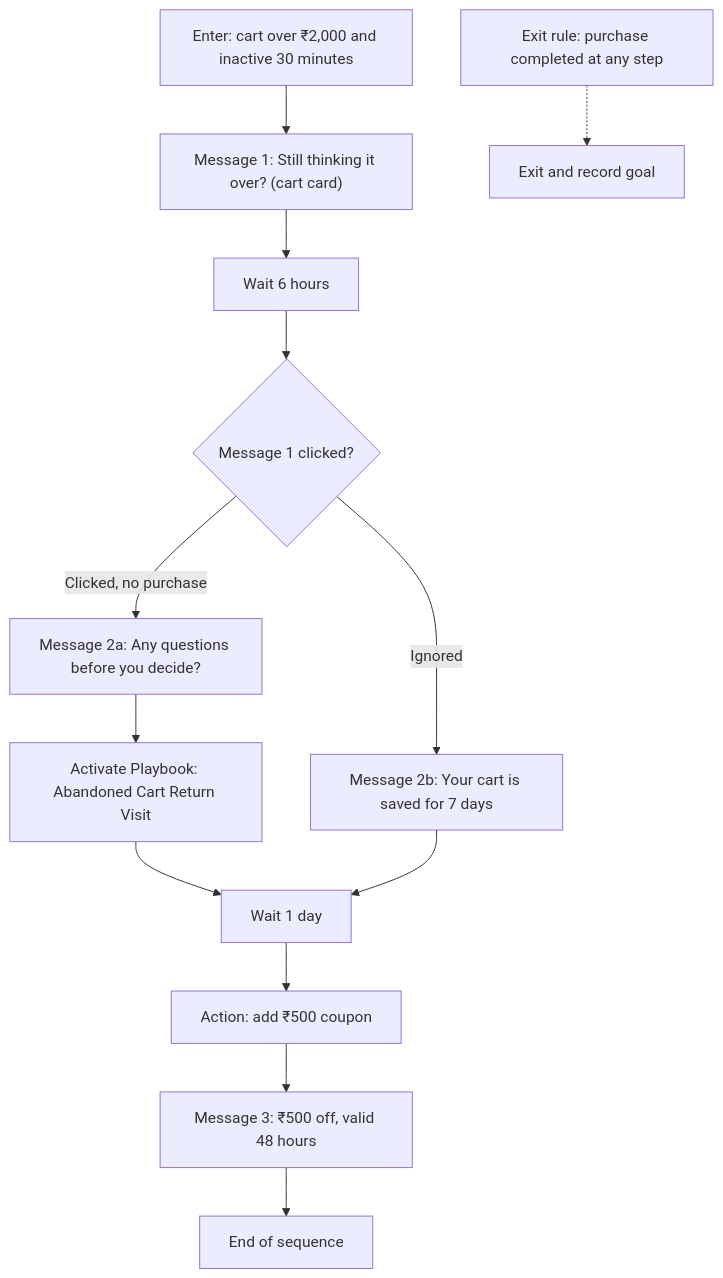
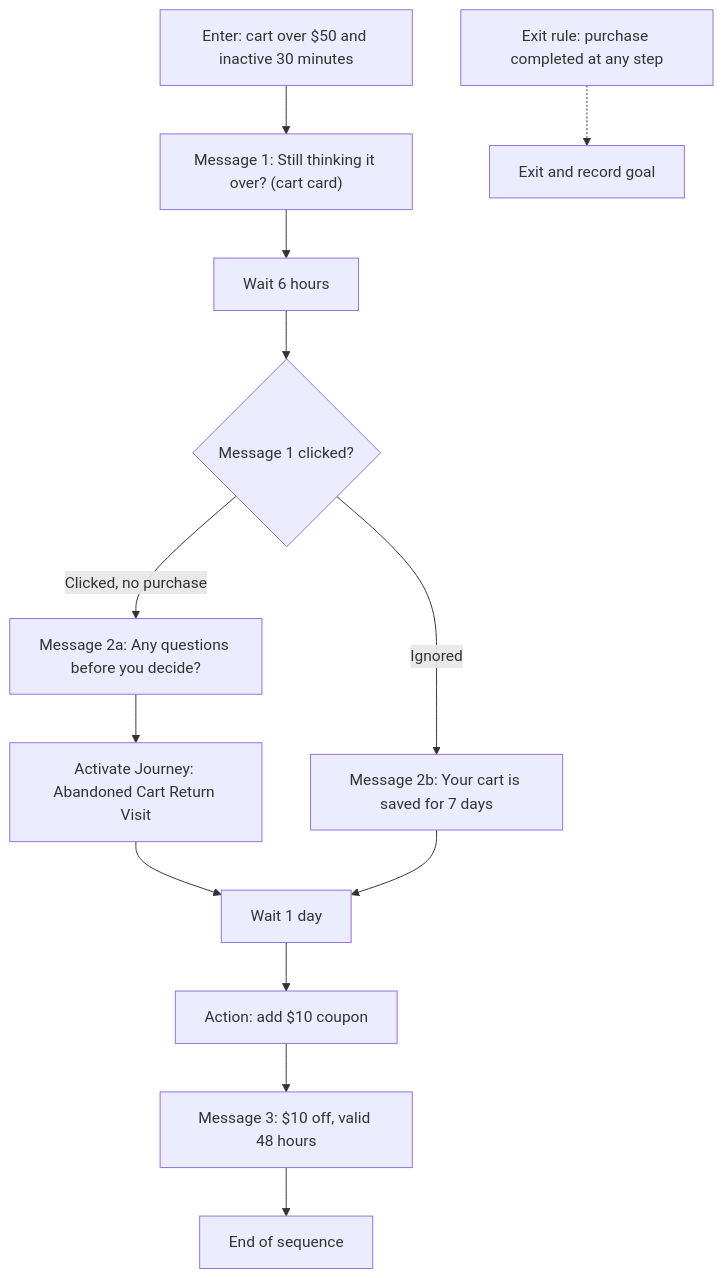
One commit to crossword-ai/docs changed the diagram in use-cases/cart-recovery-campaign.mdx. Above: the diagram before and after it, drawn with Mermaid. The commit also changed other lines of this file and 62 other files, not shown here.

First line of the commit message:
docs: rework the component model, rename Playbook to Journey, add screenshots

````diff
--- a/use-cases/cart-recovery-campaign.mdx
+++ b/use-cases/cart-recovery-campaign.mdx
@@ -42,15 +42,15 @@
 ```mermaid
 flowchart TB
-  A["Enter: cart over ₹2,000 and inactive 30 minutes"] --> B["Message 1: Still thinking it over? (cart card)"]
+  A["Enter: cart over $50 and inactive 30 minutes"] --> B["Message 1: Still thinking it over? (cart card)"]
   B --> C["Wait 6 hours"]
   C --> D{"Message 1 clicked?"}
   D -- "Clicked, no purchase" --> E["Message 2a: Any questions before you decide?"]
-  E --> F["Activate Playbook: Abandoned Cart Return Visit"]
+  E --> F["Activate Journey: Abandoned Cart Return Visit"]
   D -- Ignored --> G["Message 2b: Your cart is saved for 7 days"]
   F --> H["Wait 1 day"]
   G --> H
-  H --> I["Action: add ₹500 coupon"]
-  I --> J["Message 3: ₹500 off, valid 48 hours"]
+  H --> I["Action: add $10 coupon"]
+  I --> J["Message 3: $10 off, valid 48 hours"]
   J --> K["End of sequence"]
   X["Exit rule: purchase completed at any step"] -.-> Z["Exit and record goal"]
 ```
````
